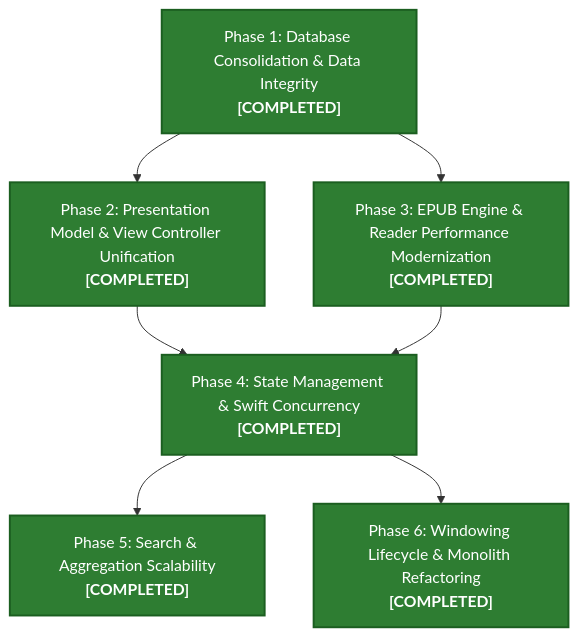
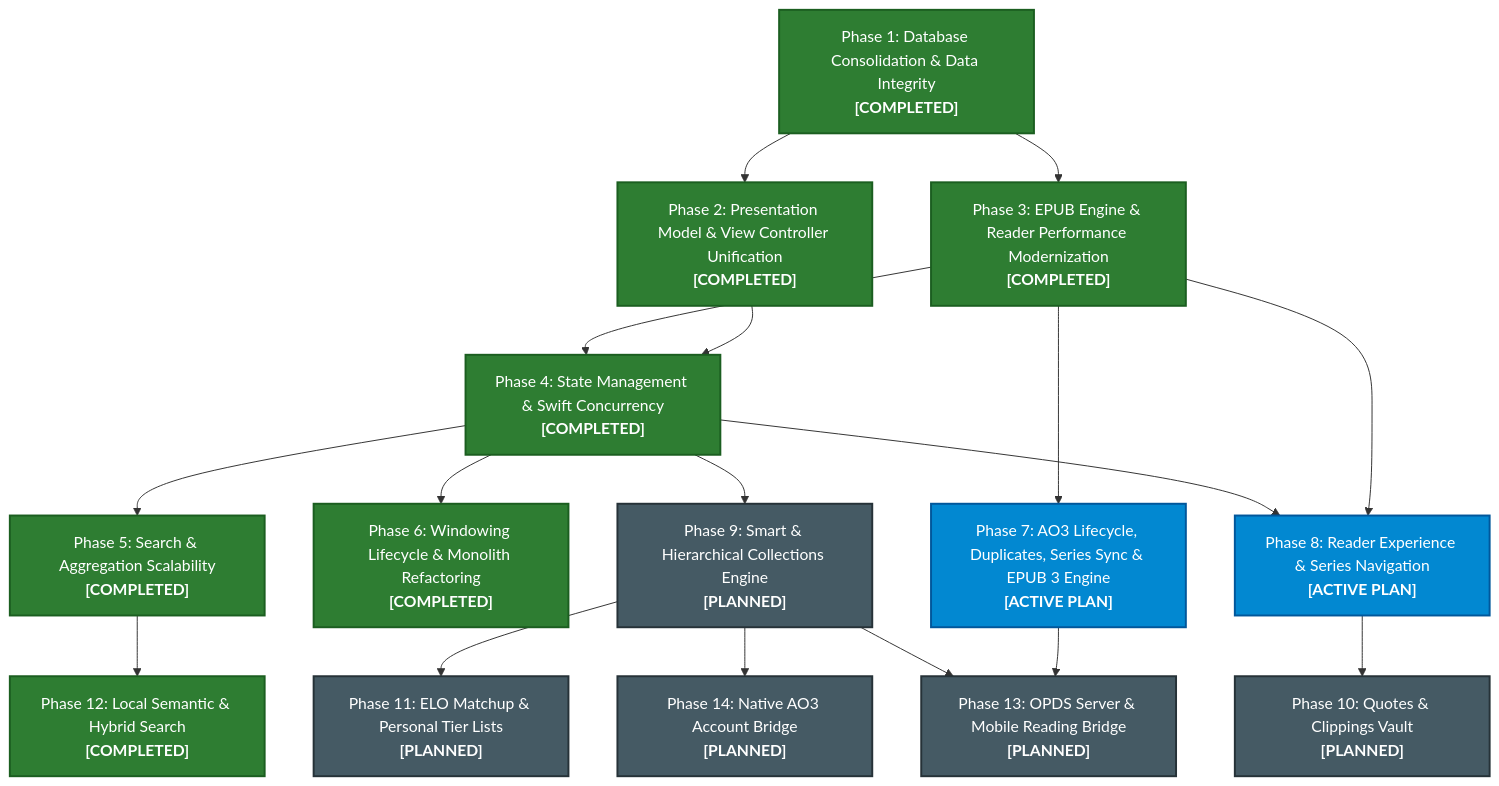
Before and after one commit to kyrielie/ambrosia: the diagram in docs/roadmap.md, drawn with Mermaid. The commit also changed other lines of this file and 70 other files, not shown here.

````diff
--- a/docs/roadmap.md
+++ b/docs/roadmap.md
@@ -9,16 +9,34 @@
 ```mermaid
 flowchart TD
     P1["Phase 1: Database Consolidation & Data Integrity<br/><b>[COMPLETED]</b>"] --> P2["Phase 2: Presentation Model & View Controller Unification<br/><b>[COMPLETED]</b>"]
     P1 --> P3["Phase 3: EPUB Engine & Reader Performance Modernization<br/><b>[COMPLETED]</b>"]
     P2 --> P4["Phase 4: State Management & Swift Concurrency<br/><b>[COMPLETED]</b>"]
     P3 --> P4
     P4 --> P5["Phase 5: Search & Aggregation Scalability<br/><b>[COMPLETED]</b>"]
     P4 --> P6["Phase 6: Windowing Lifecycle & Monolith Refactoring<br/><b>[COMPLETED]</b>"]
+    P3 --> P7["Phase 7: AO3 Lifecycle, Duplicates, Series Sync & EPUB 3 Engine<br/><b>[ACTIVE PLAN]</b>"]
+    P3 --> P8["Phase 8: Reader Experience & Series Navigation<br/><b>[ACTIVE PLAN]</b>"]
+    P4 --> P8
+    P4 --> P9["Phase 9: Smart & Hierarchical Collections Engine<br/><b>[PLANNED]</b>"]
+    P8 --> P10["Phase 10: Quotes & Clippings Vault<br/><b>[PLANNED]</b>"]
+    P9 --> P11["Phase 11: ELO Matchup & Personal Tier Lists<br/><b>[PLANNED]</b>"]
+    P5 --> P12["Phase 12: Local Semantic & Hybrid Search<br/><b>[COMPLETED]</b>"]
+    P7 --> P13["Phase 13: OPDS Server & Mobile Reading Bridge<br/><b>[PLANNED]</b>"]
+    P9 --> P13
+    P9 --> P14["Phase 14: Native AO3 Account Bridge<br/><b>[PLANNED]</b>"]
 
     style P1 fill:#2e7d32,stroke:#1b5e20,stroke-width:2px,color:#ffffff
     style P2 fill:#2e7d32,stroke:#1b5e20,stroke-width:2px,color:#ffffff
     style P3 fill:#2e7d32,stroke:#1b5e20,stroke-width:2px,color:#ffffff
     style P4 fill:#2e7d32,stroke:#1b5e20,stroke-width:2px,color:#ffffff
     style P5 fill:#2e7d32,stroke:#1b5e20,stroke-width:2px,color:#ffffff
     style P6 fill:#2e7d32,stroke:#1b5e20,stroke-width:2px,color:#ffffff
+    style P7 fill:#0288d1,stroke:#01579b,stroke-width:2px,color:#ffffff
+    style P8 fill:#0288d1,stroke:#01579b,stroke-width:2px,color:#ffffff
+    style P9 fill:#455a64,stroke:#263238,stroke-width:2px,color:#ffffff
+    style P10 fill:#455a64,stroke:#263238,stroke-width:2px,color:#ffffff
+    style P11 fill:#455a64,stroke:#263238,stroke-width:2px,color:#ffffff
+    style P12 fill:#2e7d32,stroke:#1b5e20,stroke-width:2px,color:#ffffff
+    style P13 fill:#455a64,stroke:#263238,stroke-width:2px,color:#ffffff
+    style P14 fill:#455a64,stroke:#263238,stroke-width:2px,color:#ffffff
 ```
````
